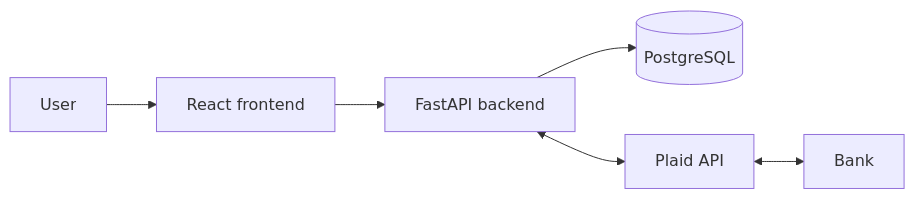
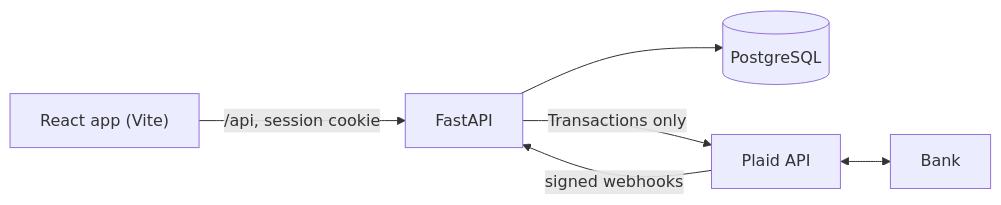
Before and after one commit to miladse1/smart-budget-app: the diagram in README.md, drawn with Mermaid. The commit also changed other lines of this file and 13 other files, not shown here.

````diff
--- a/README.md
+++ b/README.md
@@ -17,8 +45,8 @@
 ```mermaid
 flowchart LR
-    User[User] --> Frontend[React frontend]
-    Frontend --> Backend[FastAPI backend]
-    Backend --> Database[(PostgreSQL)]
-    Backend <--> Plaid[Plaid API]
-    Plaid <--> Bank[Bank]
+    Browser["React app (Vite)"] -- "/api, session cookie" --> API["FastAPI"]
+    API --> DB[("PostgreSQL")]
+    API -- "Transactions only" --> Plaid["Plaid API"]
+    Plaid -- "signed webhooks" --> API
+    Plaid <--> Bank["Bank"]
 ```
````
